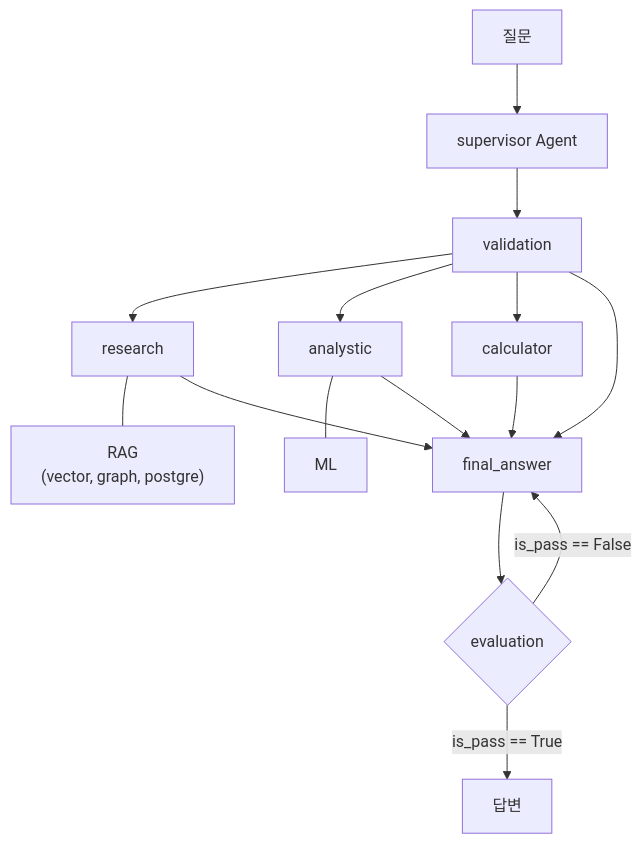
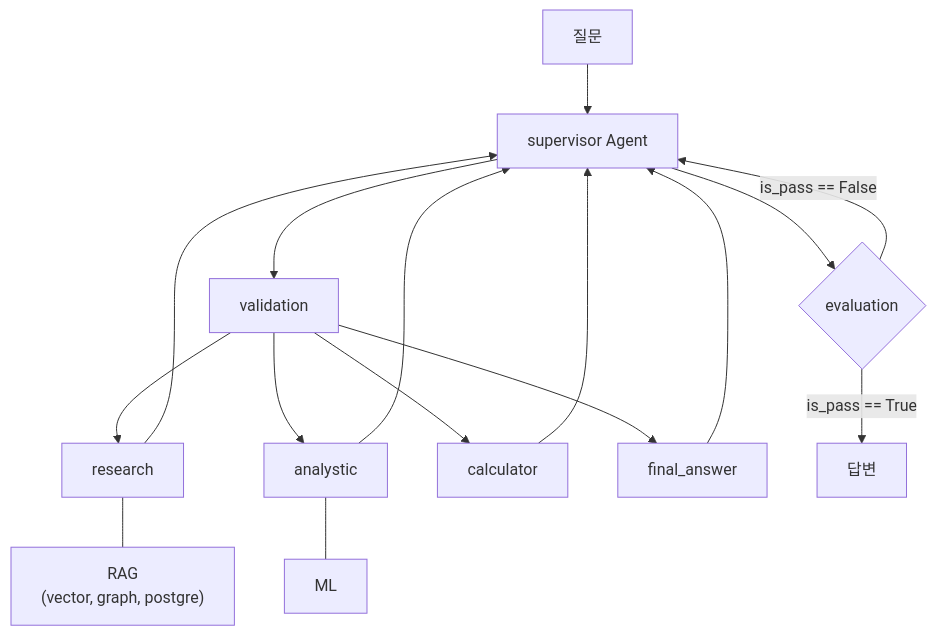
The first of 4 diagrams in docs/final_answer_design.md (SKNETWORKS-FAMILY-AICAMP/SKN27-3rd-1TEAM), drawn with Mermaid before and after one commit. The commit also changed other lines of this file and 1 other file, not shown here.

Commit message:
Apply common rules and agent flow to final answer

````diff
--- a/docs/final_answer_design.md
+++ b/docs/final_answer_design.md
@@ -156,21 +156,22 @@
 ```mermaid
 flowchart TD
     A["질문"] --> B["supervisor Agent"]
     B --> C["validation"]
 
     C --> D["research"]
     C --> E["analystic"]
     C --> F["calculator"]
     C --> G["final_answer"]
 
     D --- D1["RAG<br/>(vector, graph, postgre)"]
     E --- E1["ML"]
 
-    D --> G
-    E --> G
-    F --> G
+    D --> B
+    E --> B
+    F --> B
+    G --> B
 
-    G --> H{"evaluation"}
-    H -->|"is_pass == False"| G
+    B --> H{"evaluation"}
+    H -->|"is_pass == False"| B
     H -->|"is_pass == True"| I["답변"]
 ```
````
